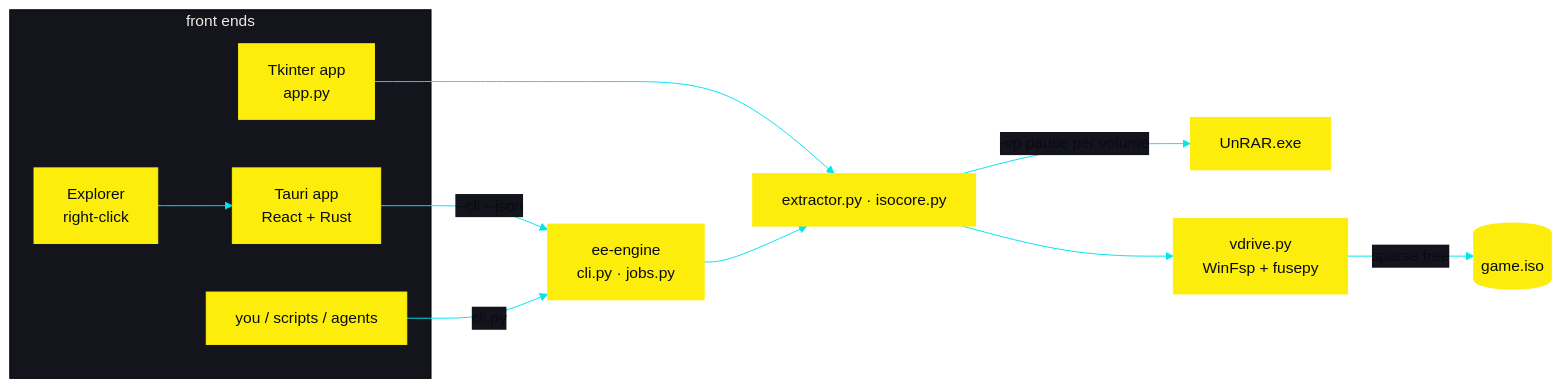
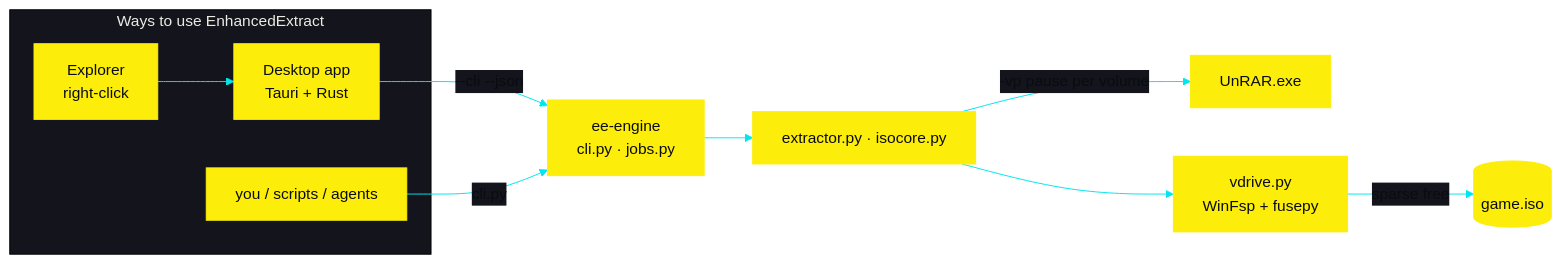
One commit to LosSoftwareHermanos/EnhancedExtract changed the diagram in README.md. Above: the diagram before and after it, drawn with Mermaid. The commit also changed other lines of this file and 3 other files, not shown here.

Commit message:
docs: focus public app presentation on Tauri and Rust

````diff
--- a/README.md
+++ b/README.md
@@ -507,18 +502,16 @@
 ```mermaid
 %%{init: {'theme':'base','themeVariables':{'primaryColor':'#fcee0a','primaryTextColor':'#0b0c12','primaryBorderColor':'#fcee0a','lineColor':'#00e5f0','secondaryColor':'#13141c','tertiaryColor':'#13141c','fontFamily':'monospace'}}}%%
 flowchart LR
-    subgraph FRONT["front ends"]
-        UI["Tauri app<br/>React + Rust"]
+    subgraph FRONT["Ways to use EnhancedExtract"]
+        UI["Desktop app<br/>Tauri + Rust"]
         SH["Explorer<br/>right-click"]
-        TK["Tkinter app<br/>app.py"]
         AG["you / scripts / agents"]
     end
     UI -->|"--cli --json"| ENG
     SH --> UI
     AG -->|"cli.py"| ENG
-    TK --> CORE
     ENG["ee-engine<br/>cli.py · jobs.py"] --> CORE["extractor.py · isocore.py"]
     CORE -->|"-vp pause per volume"| UNRAR["UnRAR.exe"]
     CORE --> VD["vdrive.py<br/>WinFsp + fusepy"]
     VD -->|"sparse free"| ISO[("game.iso")]
 ```
````
